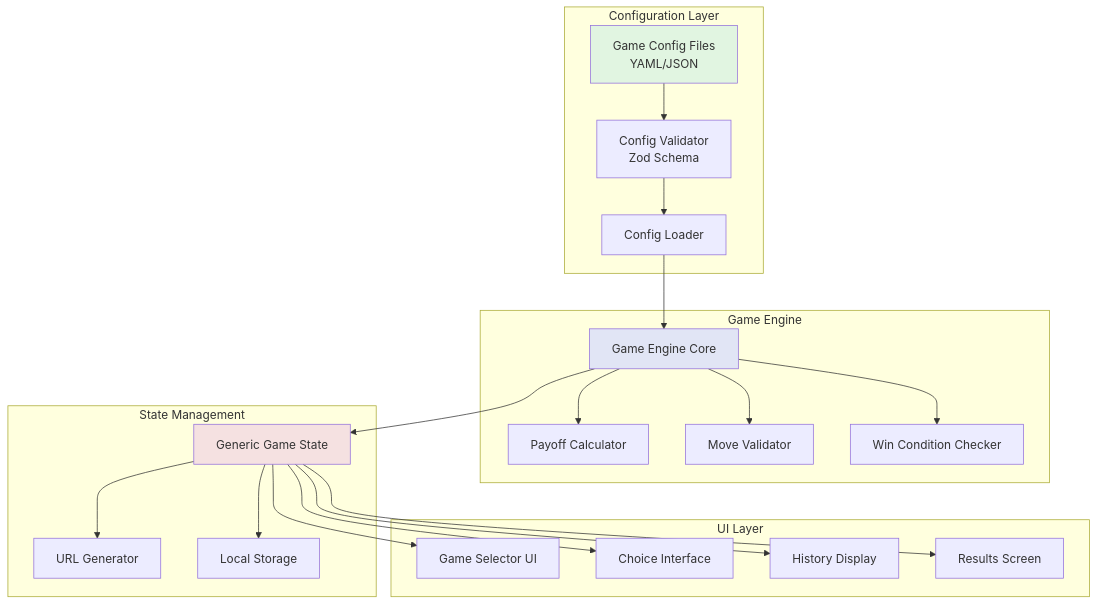
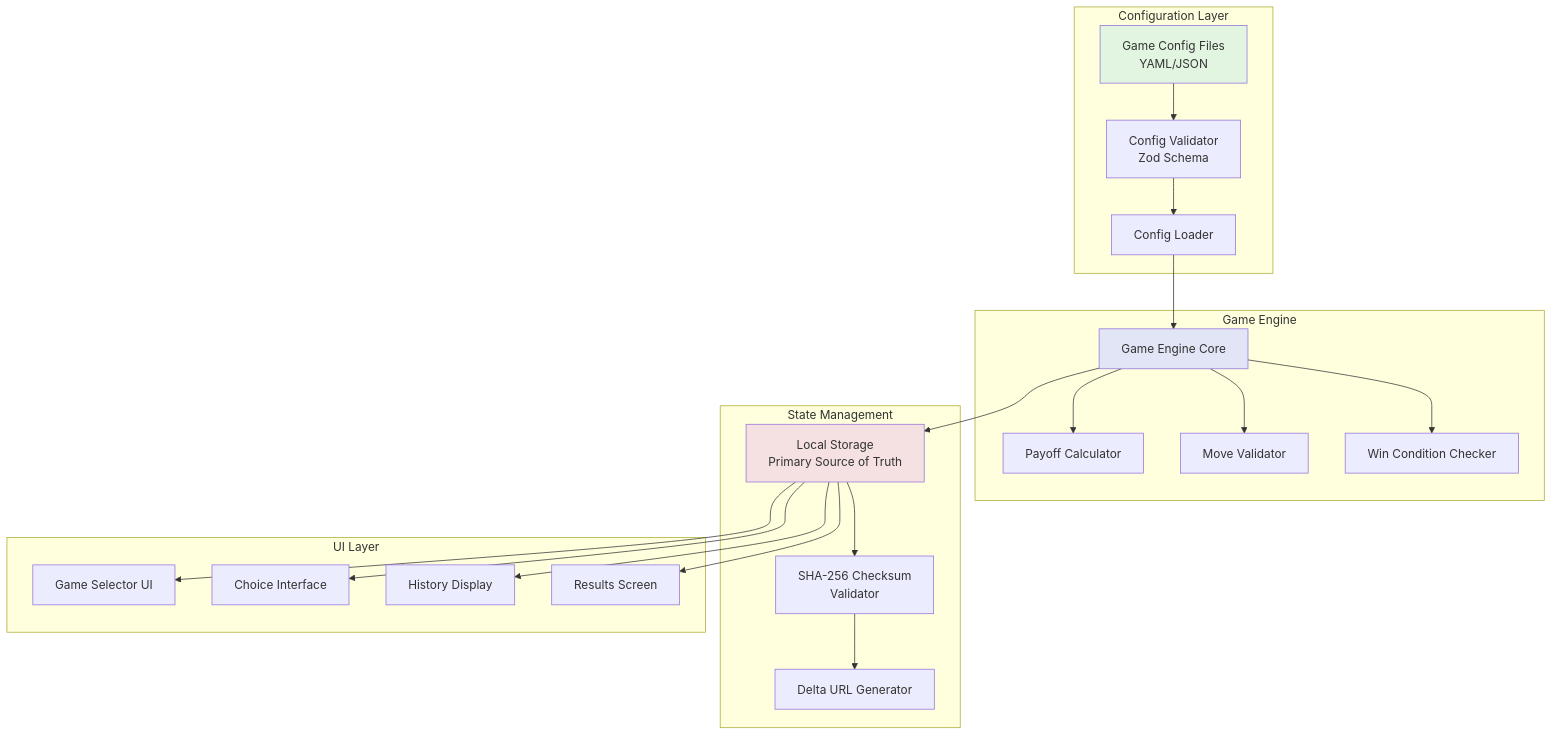
Before and after one commit to randallard/correspondence-games: the first of 5 diagrams in PRPs/configurable-game-framework-prd.md, drawn with Mermaid. The commit also changed other lines of this file, not shown here.

````diff
--- a/PRPs/configurable-game-framework-prd.md
+++ b/PRPs/configurable-game-framework-prd.md
@@ -304,49 +349,49 @@
 ```mermaid
 graph TB
     subgraph "Configuration Layer"
         CONFIG[Game Config Files<br/>YAML/JSON]
         VALIDATOR[Config Validator<br/>Zod Schema]
         LOADER[Config Loader]
     end
 
     subgraph "Game Engine"
         ENGINE[Game Engine Core]
         PAYOFF[Payoff Calculator]
         VALIDATOR_LOGIC[Move Validator]
         WIN[Win Condition Checker]
     end
 
     subgraph "State Management"
-        GENERIC_STATE[Generic Game State]
-        URL_GEN[URL Generator]
-        STORAGE[Local Storage]
+        STORAGE[Local Storage<br/>Primary Source of Truth]
+        CHECKSUM[SHA-256 Checksum<br/>Validator]
+        URL_GEN[Delta URL Generator]
     end
 
     subgraph "UI Layer"
         GAME_SELECTOR[Game Selector UI]
         CHOICE_UI[Choice Interface]
         HISTORY_UI[History Display]
         RESULTS_UI[Results Screen]
     end
 
     CONFIG --> VALIDATOR
     VALIDATOR --> LOADER
     LOADER --> ENGINE
 
     ENGINE --> PAYOFF
     ENGINE --> VALIDATOR_LOGIC
     ENGINE --> WIN
 
-    ENGINE --> GENERIC_STATE
-    GENERIC_STATE --> URL_GEN
-    GENERIC_STATE --> STORAGE
+    ENGINE --> STORAGE
+    STORAGE --> CHECKSUM
+    CHECKSUM --> URL_GEN
 
-    GENERIC_STATE --> GAME_SELECTOR
-    GENERIC_STATE --> CHOICE_UI
-    GENERIC_STATE --> HISTORY_UI
-    GENERIC_STATE --> RESULTS_UI
+    STORAGE --> GAME_SELECTOR
+    STORAGE --> CHOICE_UI
+    STORAGE --> HISTORY_UI
+    STORAGE --> RESULTS_UI
 
     style CONFIG fill:#e1f5e1
     style ENGINE fill:#e1e5f5
-    style GENERIC_STATE fill:#f5e1e1
+    style STORAGE fill:#f5e1e1
 ```
````
